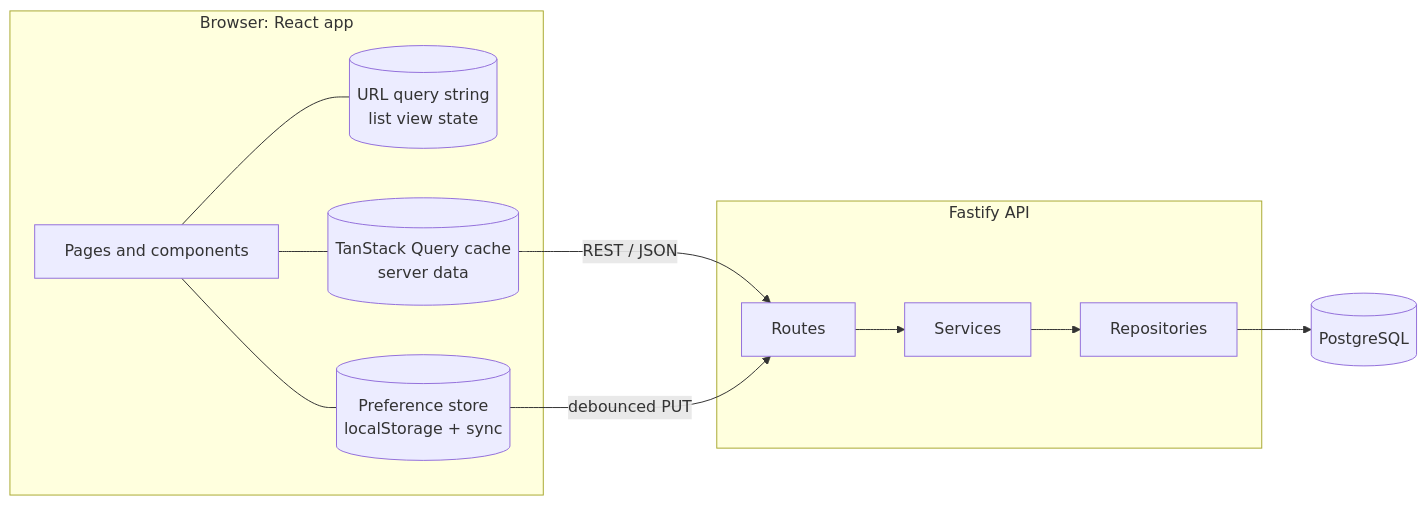
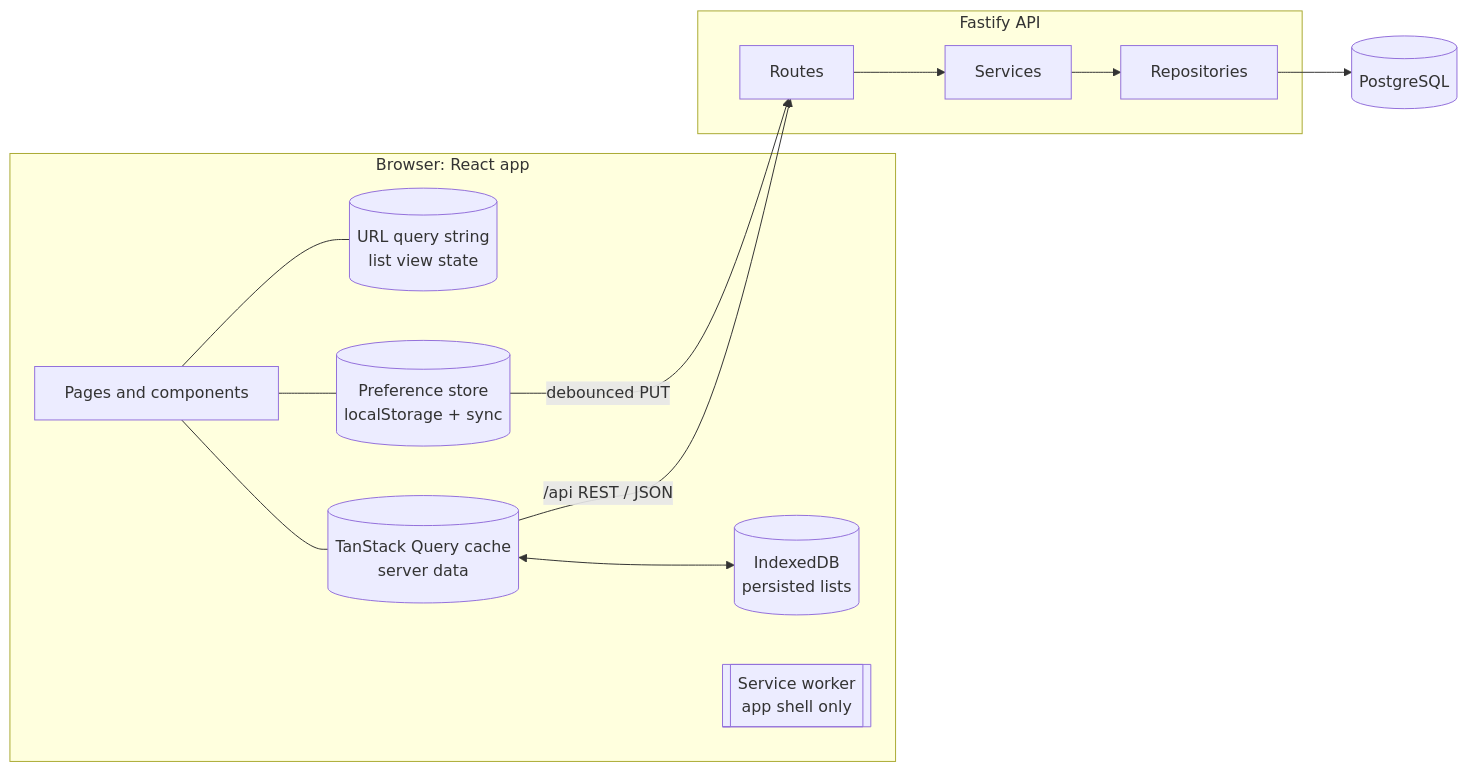
The first of 5 diagrams in docs/ARCHITECTURE.md (akashmishra242/crm-workspace), drawn with Mermaid before and after one commit. The commit also changed other lines of this file and 1 other file, not shown here.

First line of the commit message:
Rewrite the README and architecture notes

````diff
--- a/docs/ARCHITECTURE.md
+++ b/docs/ARCHITECTURE.md
@@ -8,22 +8,25 @@
 ```mermaid
 flowchart LR
   subgraph Browser["Browser: React app"]
     UI[Pages and components]
     URL[(URL query string<br/>list view state)]
     QC[(TanStack Query cache<br/>server data)]
+    IDB[(IndexedDB<br/>persisted lists)]
     PS[(Preference store<br/>localStorage + sync)]
+    SW[[Service worker<br/>app shell only]]
   end
 
   subgraph API["Fastify API"]
     R[Routes] --> S[Services] --> Repo[Repositories]
   end
 
   DB[(PostgreSQL)]
 
   UI --- URL
   UI --- QC
   UI --- PS
-  QC -- REST / JSON --> R
+  QC <--> IDB
+  QC -- "/api REST / JSON" --> R
   PS -- debounced PUT --> R
   Repo --> DB
 ```
````
